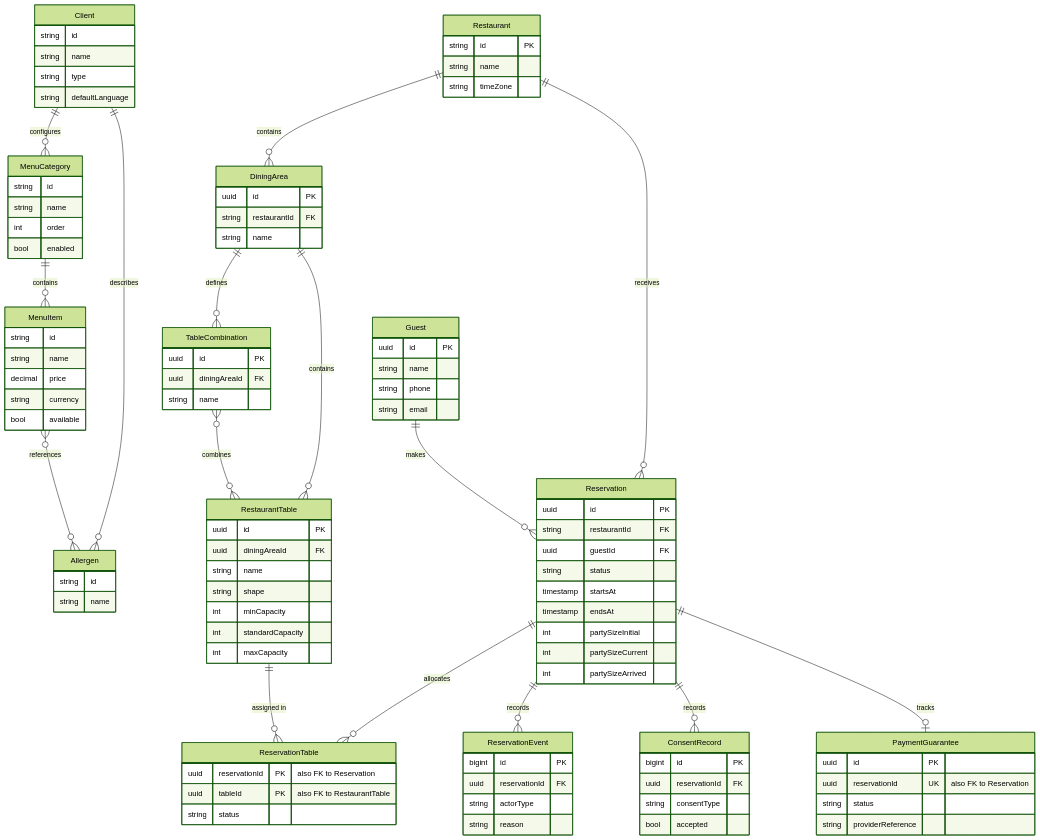
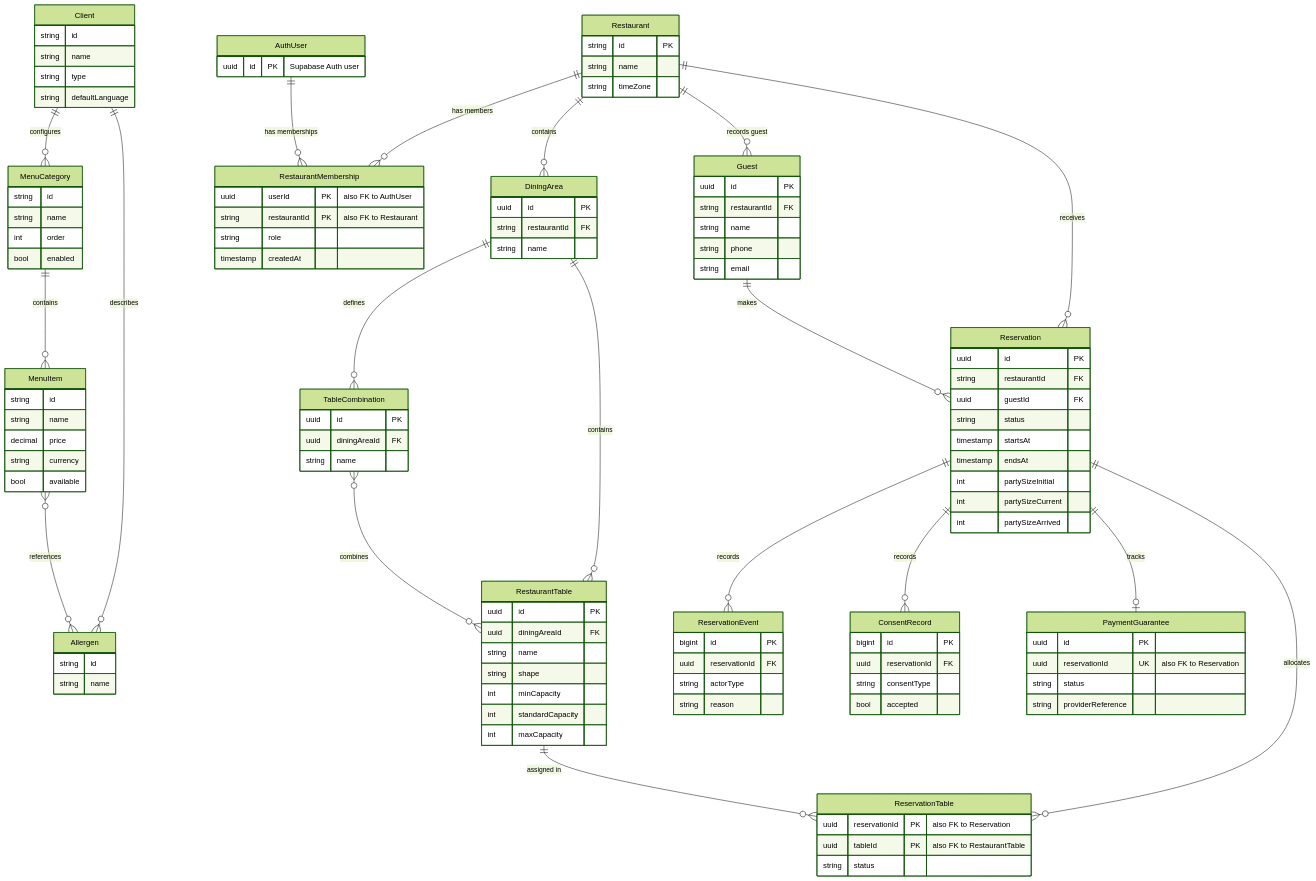
Before and after one commit to federicocroletti-tech/menu-smart-qr: the diagram in .github/modernize/assessment/engines/facts/data-architecture.md, drawn with Mermaid (forest theme). The commit also changed other lines of this file and 4 other files, not shown here.

```diff
--- a/.github/modernize/assessment/engines/facts/data-architecture.md
+++ b/.github/modernize/assessment/engines/facts/data-architecture.md
@@ -31,6 +31,9 @@
     MenuCategory ||--o{ MenuItem : "contains"
     MenuItem }o--o{ Allergen : "references"
     Restaurant ||--o{ DiningArea : "contains"
+    Restaurant ||--o{ RestaurantMembership : "has members"
+    AuthUser ||--o{ RestaurantMembership : "has memberships"
+    Restaurant ||--o{ Guest : "records guest"
     DiningArea ||--o{ RestaurantTable : "contains"
     DiningArea ||--o{ TableCombination : "defines"
     TableCombination }o--o{ RestaurantTable : "combines"
@@ -69,6 +72,15 @@
         string name
         string timeZone
     }
+    AuthUser {
+        uuid id PK "Supabase Auth user"
+    }
+    RestaurantMembership {
+        uuid userId PK "also FK to AuthUser"
+        string restaurantId PK "also FK to Restaurant"
+        string role
+        timestamp createdAt
+    }
     DiningArea {
         uuid id PK
         string restaurantId FK
@@ -90,6 +102,7 @@
     }
     Guest {
         uuid id PK
+        string restaurantId FK
         string name
         string phone
         string email
```
